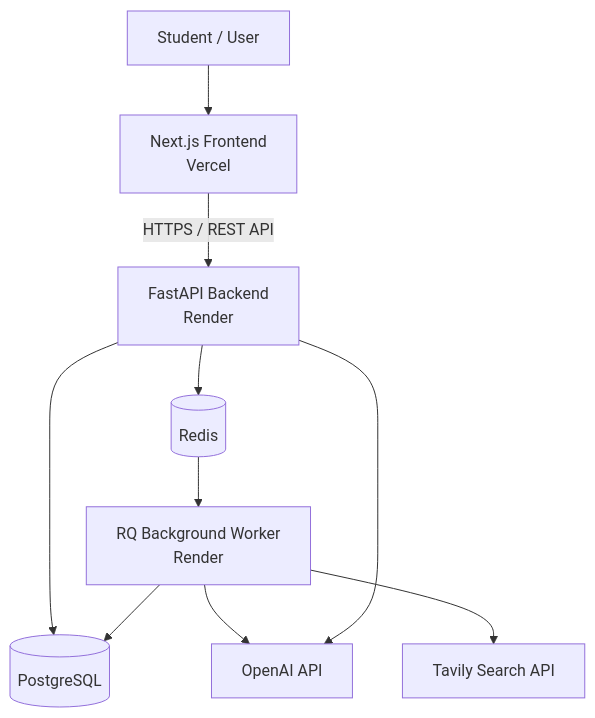
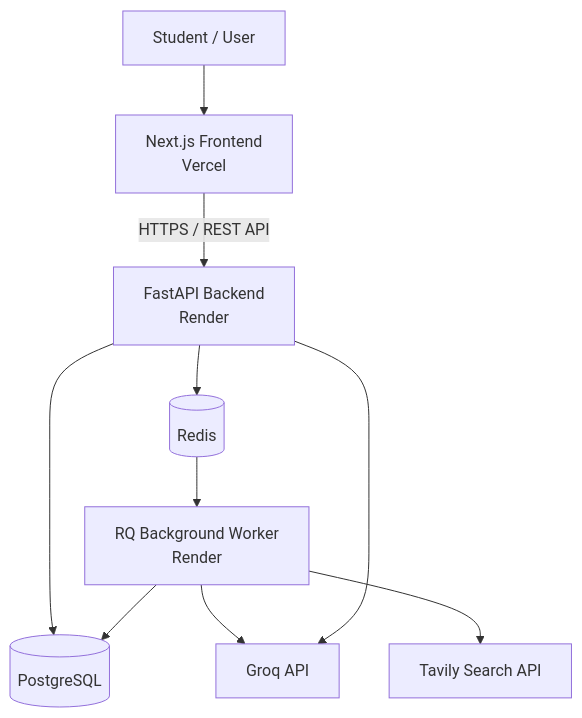
One commit to shafiqahmed-786/careerpilot-ai changed the second of 2 diagrams in README.md. Above: the diagram before and after it, drawn with Mermaid. The commit also changed other lines of this file and 31 other files, not shown here.

````diff
--- a/README.md
+++ b/README.md
@@ -439,21 +439,21 @@
 ```mermaid
 flowchart TB
     U["Student / User"]
     FE["Next.js Frontend<br/>Vercel"]
     API["FastAPI Backend<br/>Render"]
     DB[("PostgreSQL")]
     R[("Redis")]
     W["RQ Background Worker<br/>Render"]
-    AI["OpenAI API"]
+    AI["Groq API"]
     T["Tavily Search API"]
 
     U --> FE
     FE -->|"HTTPS / REST API"| API
     API --> DB
     API --> R
     R --> W
     W --> DB
     W --> AI
     W --> T
     API --> AI
 ```
````
